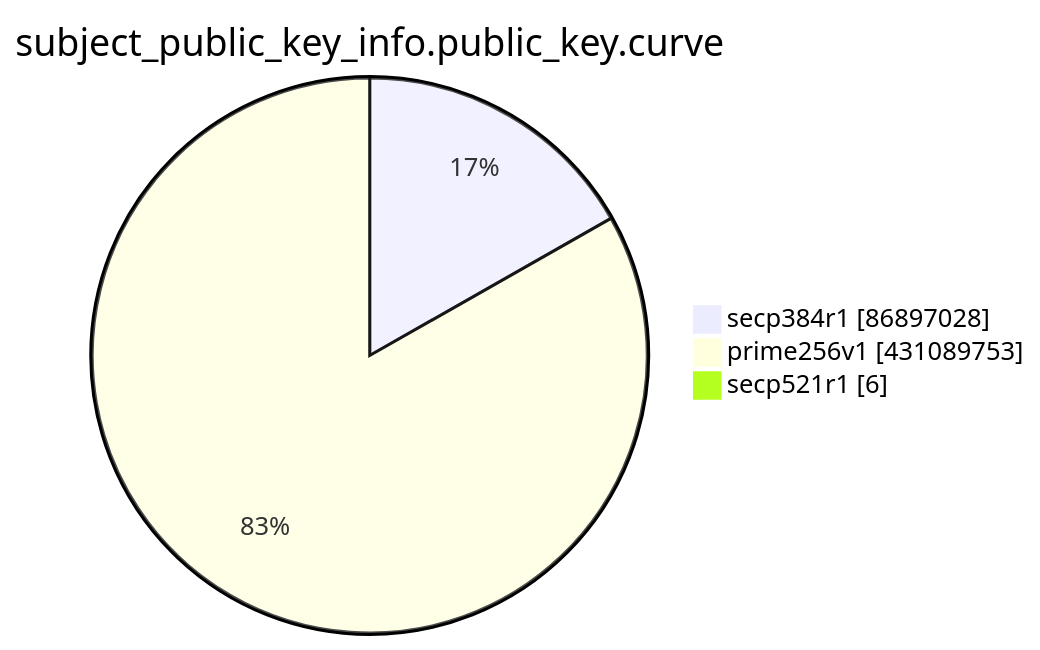
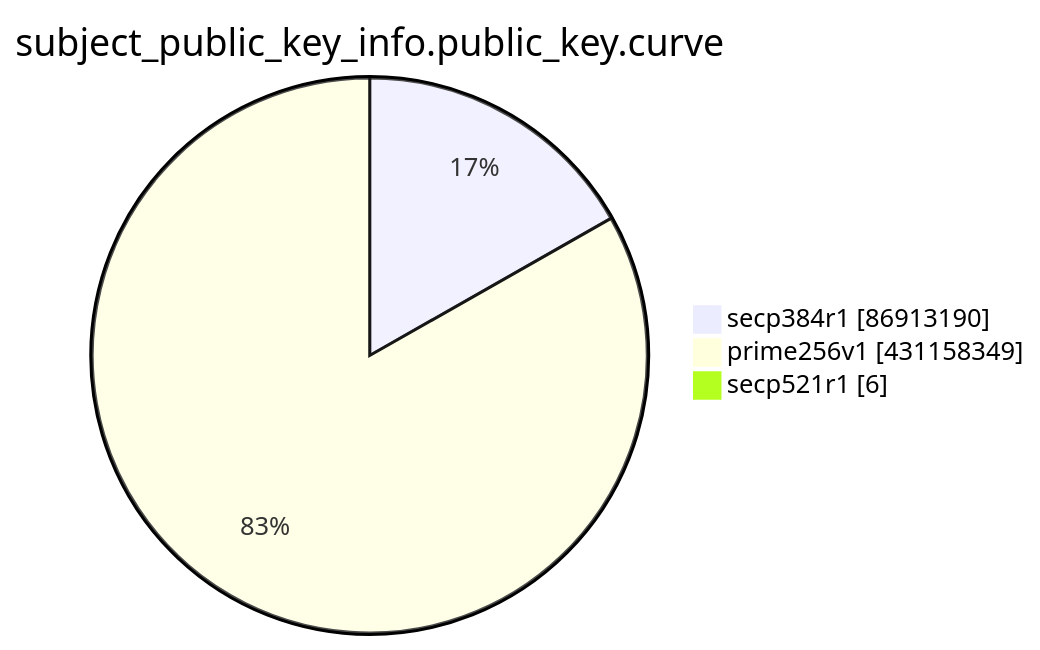
Before and after one commit to christiankrug/ctmonitor_visualization: the eighth of 15 diagrams in TOTAL/README.md, drawn with Mermaid. The commit also changed other lines of this file, not shown here.

````diff
--- a/TOTAL/README.md
+++ b/TOTAL/README.md
@@ -3100,7 +3100,7 @@
 ```mermaid
 pie showData
 title subject_public_key_info.public_key.curve
-"secp384r1" :86897028
-"prime256v1" :431089753
+"secp384r1" :86913190
+"prime256v1" :431158349
 "secp521r1" :6
 ```
````
